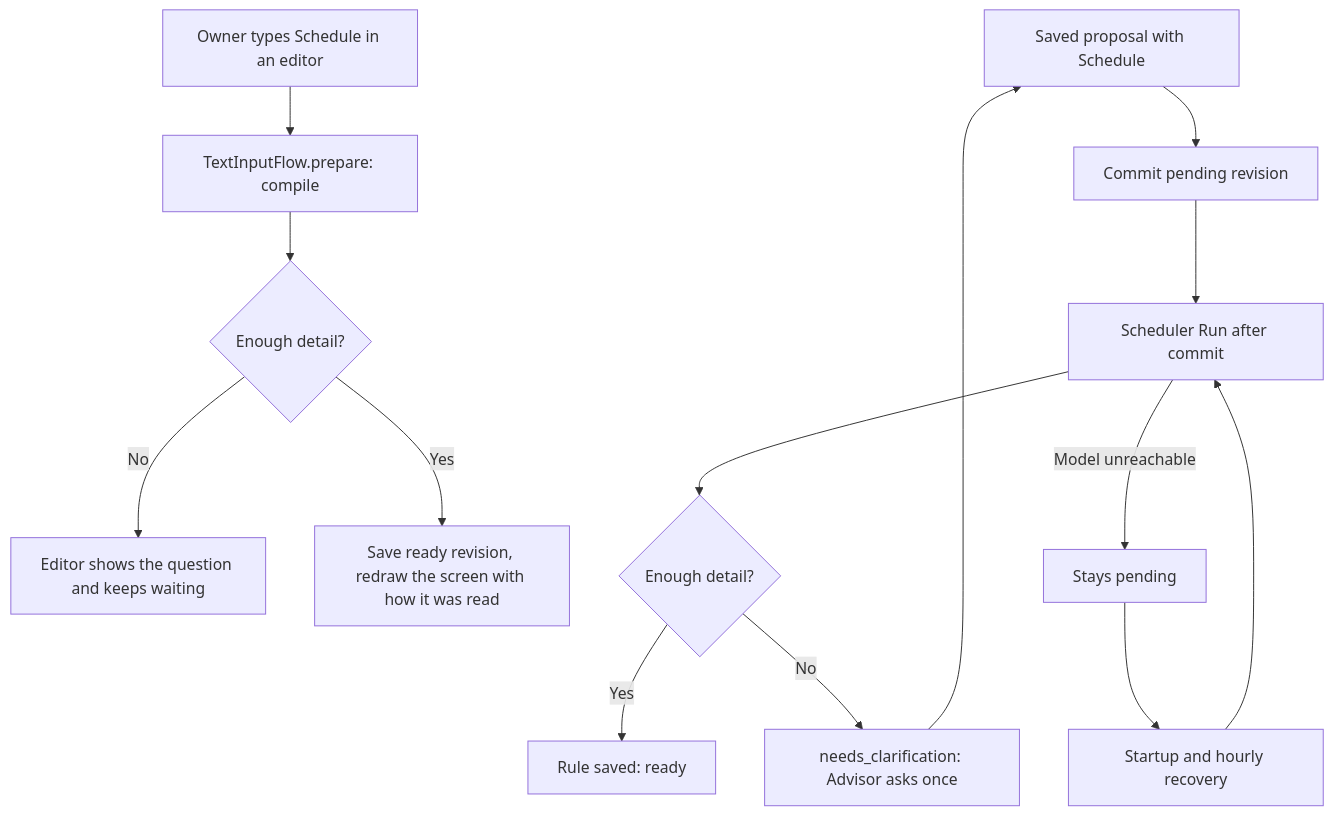
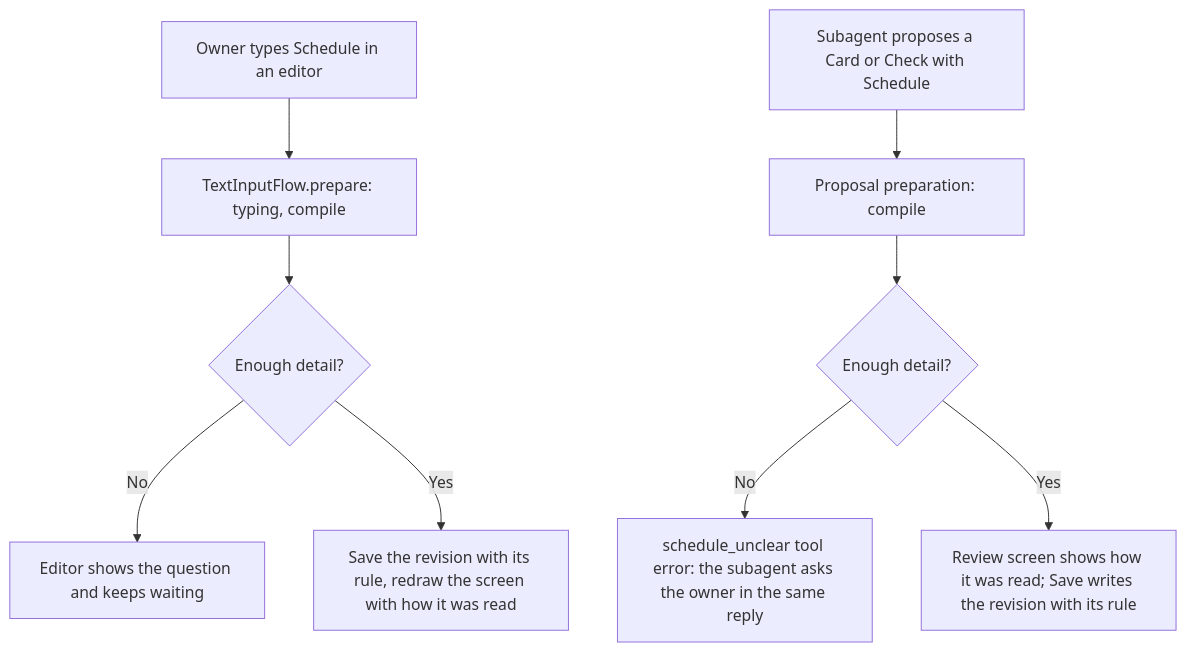
One commit to myvaheed/tg-ai-safwa changed the first of 2 diagrams in docs/SCHEDULES.md. Above: the diagram before and after it, drawn with Mermaid. The commit also changed other lines of this file and 43 other files, not shown here.

First line of the commit message:
v9.118 read a Schedule before it is saved, softly, and keep a clock with its days

````diff
--- a/docs/SCHEDULES.md
+++ b/docs/SCHEDULES.md
@@ -17,16 +17,11 @@
 ```mermaid
 flowchart TD
-    A[Owner types Schedule in an editor] --> B[TextInputFlow.prepare: compile]
+    A[Owner types Schedule in an editor] --> B[TextInputFlow.prepare: typing, compile]
+    F[Subagent proposes a Card or Check with Schedule] --> G[Proposal preparation: compile]
     B --> C{Enough detail?}
+    G --> J{Enough detail?}
     C -->|No| D[Editor shows the question and keeps waiting]
-    C -->|Yes| E[Save ready revision, redraw the screen with how it was read]
-    F[Saved proposal with Schedule] --> G[Commit pending revision]
-    G --> H[Scheduler Run after commit]
-    I[Startup and hourly recovery] --> H
-    H --> J{Enough detail?}
-    J -->|Yes| K[Rule saved: ready]
-    J -->|No| L[needs_clarification: Advisor asks once]
-    L --> F
-    H -->|Model unreachable| M[Stays pending]
-    M --> I
+    C -->|Yes| E[Save the revision with its rule, redraw the screen with how it was read]
+    J -->|No| L[schedule_unclear tool error: the subagent asks the owner in the same reply]
+    J -->|Yes| K[Review screen shows how it was read; Save writes the revision with its rule]
 ```
````
